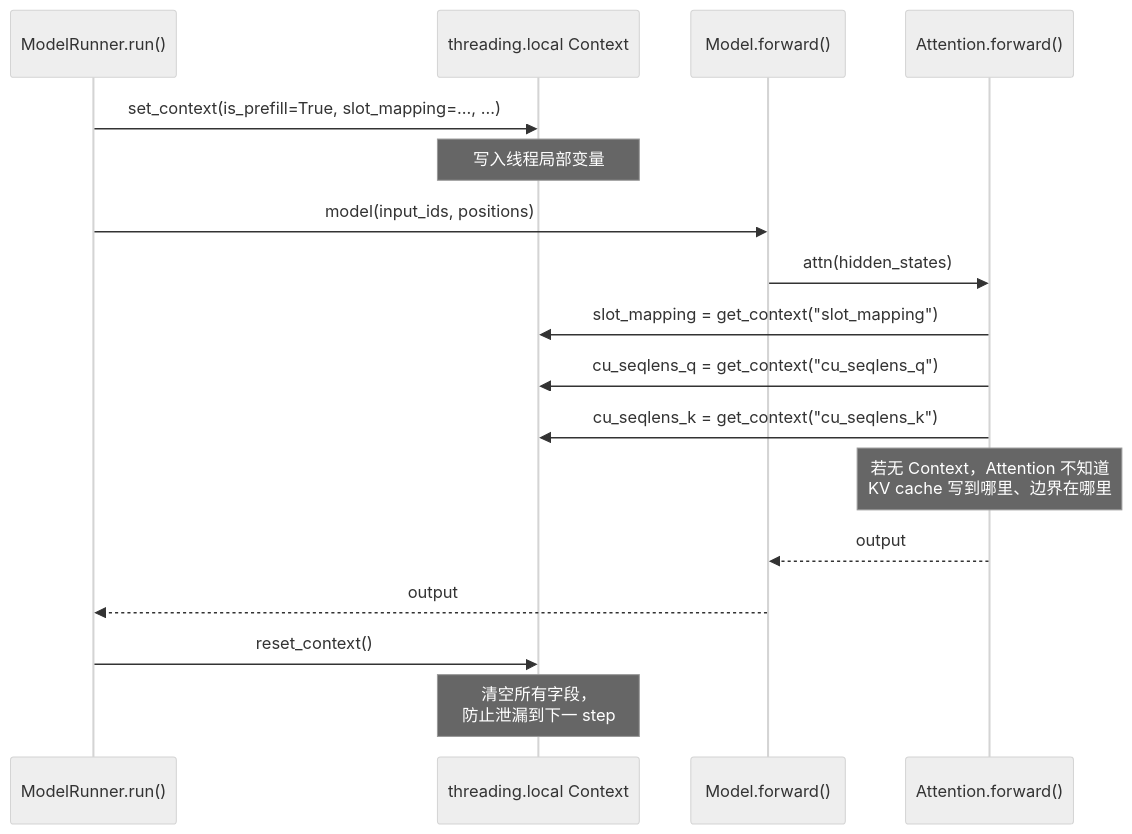
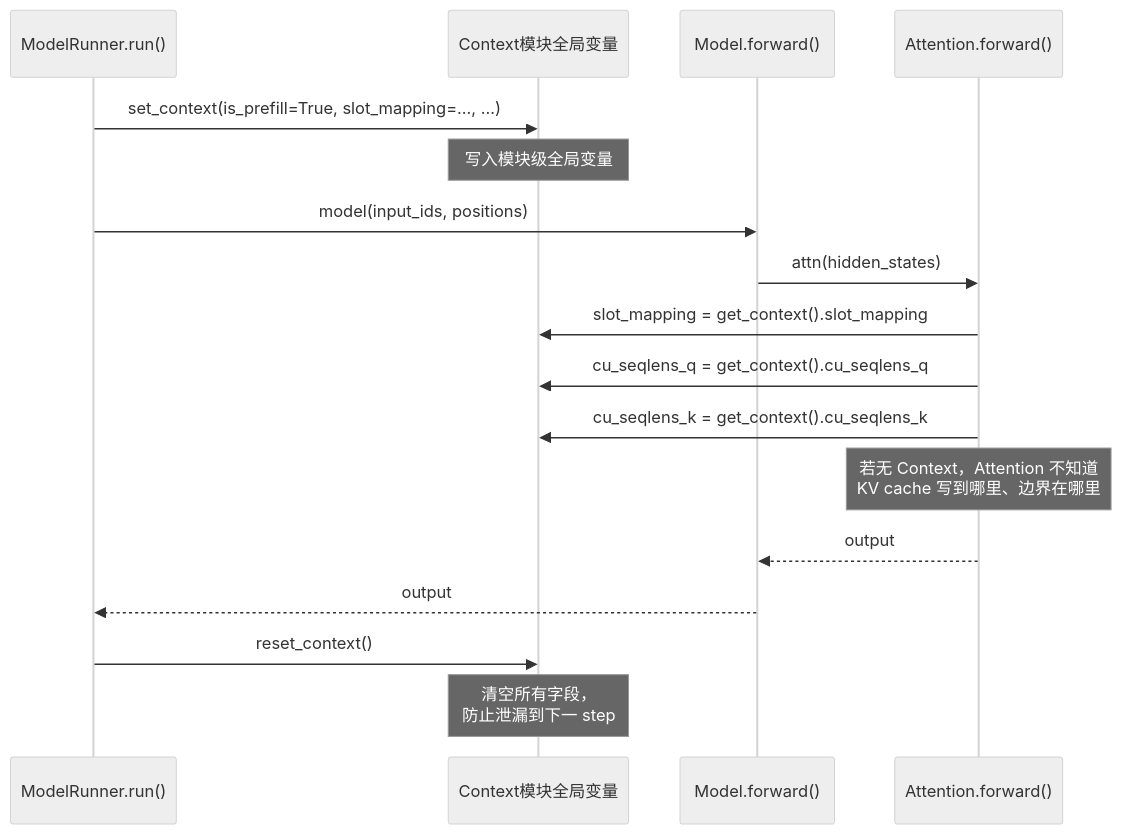
One commit to ForceInjection/nano-vllm changed the fourth of 4 diagrams in docs/llm-inference-visual/slides/slides.05.md. Above: the diagram before and after it, drawn with Mermaid (neutral theme). The commit also changed other lines of this file, not shown here.

````diff
--- a/docs/llm-inference-visual/slides/slides.05.md
+++ b/docs/llm-inference-visual/slides/slides.05.md
@@ -621,24 +717,24 @@
 ```mermaid {scale: 0.6}
 sequenceDiagram
     participant Runner as ModelRunner.run()
-    participant CTX as threading.local Context
+    participant CTX as Context模块全局变量
     participant Model as Model.forward()
     participant Attn as Attention.forward()
 
     Runner->>CTX: set_context(is_prefill=True, slot_mapping=..., ...)
-    Note over CTX: 写入线程局部变量
+    Note over CTX: 写入模块级全局变量
 
     Runner->>Model: model(input_ids, positions)
     Model->>Attn: attn(hidden_states)
 
-    Attn->>CTX: slot_mapping = get_context("slot_mapping")
-    Attn->>CTX: cu_seqlens_q = get_context("cu_seqlens_q")
-    Attn->>CTX: cu_seqlens_k = get_context("cu_seqlens_k")
+    Attn->>CTX: slot_mapping = get_context().slot_mapping
+    Attn->>CTX: cu_seqlens_q = get_context().cu_seqlens_q
+    Attn->>CTX: cu_seqlens_k = get_context().cu_seqlens_k
     Note over Attn: 若无 Context，Attention 不知道<br/>KV cache 写到哪里、边界在哪里
 
     Attn-->>Model: output
     Model-->>Runner: output
 
     Runner->>CTX: reset_context()
     Note over CTX: 清空所有字段，<br/>防止泄漏到下一 step
 ```
````
